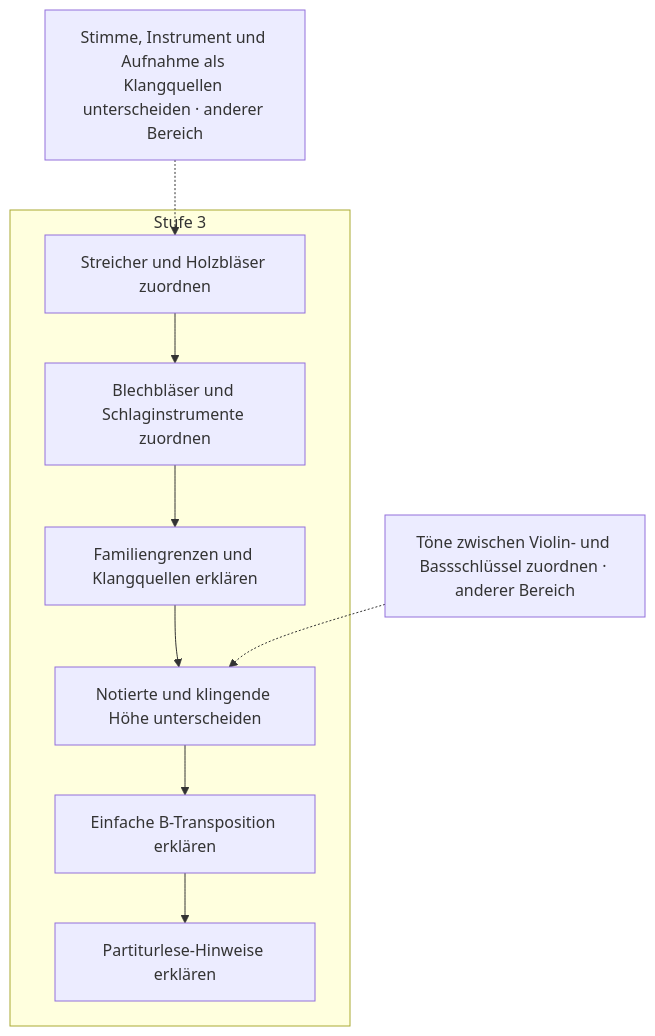
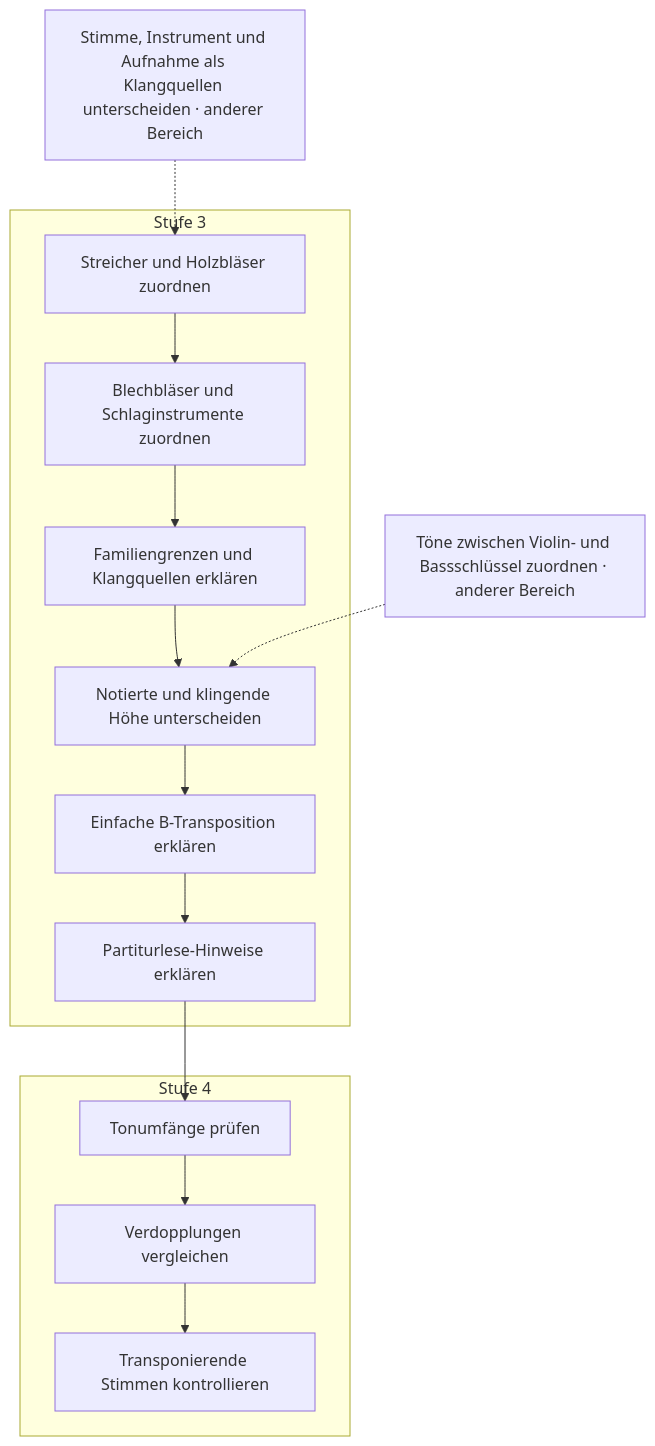
One commit to PhiFa96/harmonia changed diagram 12 of 16 in docs/plan/faehigkeitsgraph-diagramme.md. Above: the diagram before and after it, drawn with Mermaid. The commit also changed other lines of this file and 41 other files, not shown here.

````diff
--- a/docs/plan/faehigkeitsgraph-diagramme.md
+++ b/docs/plan/faehigkeitsgraph-diagramme.md
@@ -729,20 +859,28 @@
 ```mermaid
 flowchart TD
   subgraph level3["Stufe 3"]
     s114["Streicher und Holzbläser zuordnen"]
     s115["Blechbläser und Schlaginstrumente zuordnen"]
     s116["Familiengrenzen und Klangquellen erklären"]
     s117["Notierte und klingende Höhe unterscheiden"]
     s118["Einfache B-Transposition erklären"]
     s119["Partiturlese-Hinweise erklären"]
   end
+  subgraph level4["Stufe 4"]
+    s153["Tonumfänge prüfen"]
+    s154["Verdopplungen vergleichen"]
+    s155["Transponierende Stimmen kontrollieren"]
+  end
   s34["Stimme, Instrument und Aufnahme als Klangquellen unterscheiden · anderer Bereich"]
   s41["Töne zwischen Violin- und Bassschlüssel zuordnen · anderer Bereich"]
   s34 -.-> s114
   s114 --> s115
   s115 --> s116
   s116 --> s117
   s41 -.-> s117
   s117 --> s118
   s118 --> s119
+  s119 --> s153
+  s153 --> s154
+  s154 --> s155
 ```
````
